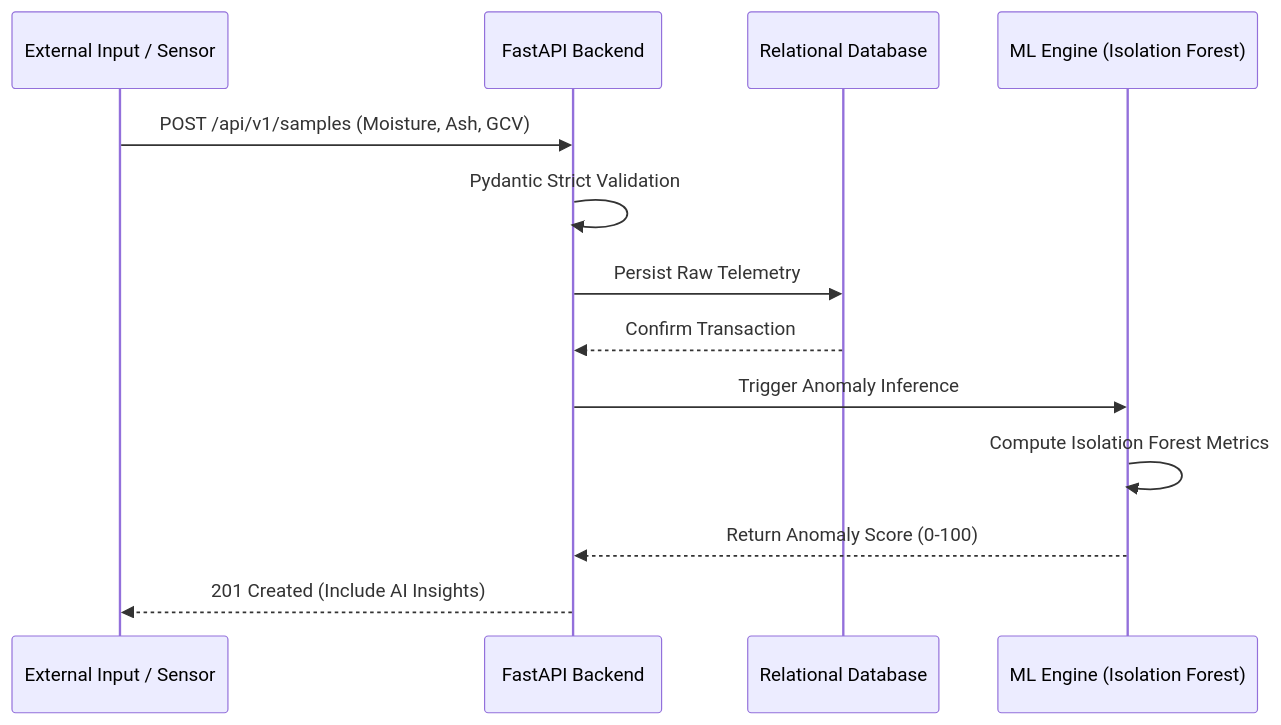
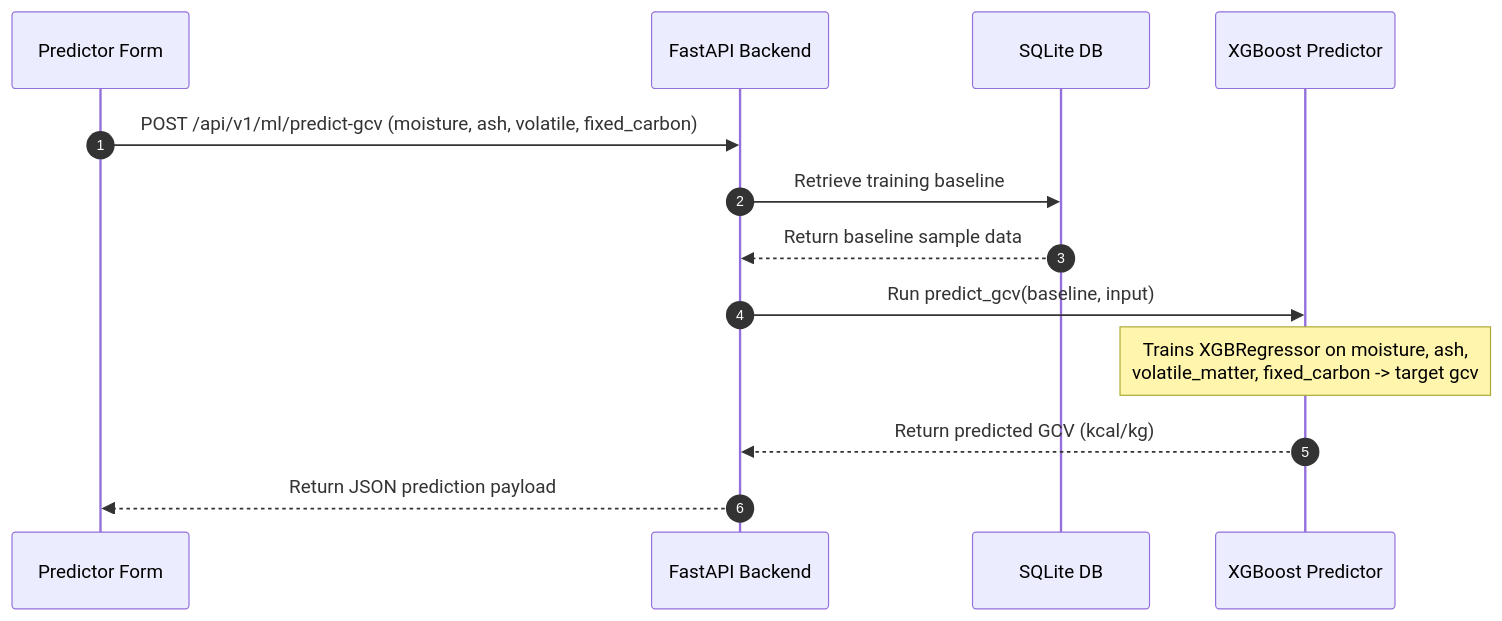
Before and after one commit to shekharsameer2308/Analyzer: the third of 4 diagrams in README.md, drawn with Mermaid. The commit also changed other lines of this file and 9 other files, not shown here.

Commit message:
docs: revamp README for enterprise tone and integrate XGBoost GCV predictor UI & backend endpoint

````diff
--- a/README.md
+++ b/README.md
@@ -89,18 +122,16 @@
 ```mermaid
 sequenceDiagram
-    participant Sensor as External Input / Sensor
+    autonumber
+    participant UI as Predictor Form
     participant API as FastAPI Backend
-    participant DB as Relational Database
-    participant ML as ML Engine (Isolation Forest)
-
-    Sensor->>API: POST /api/v1/samples (Moisture, Ash, GCV)
-    API->>API: Pydantic Strict Validation
-    API->>DB: Persist Raw Telemetry
-    DB-->>API: Confirm Transaction
+    participant DB as SQLite DB
+    participant ML as XGBoost Predictor
     
-    API->>ML: Trigger Anomaly Inference
-    ML->>ML: Compute Isolation Forest Metrics
-    ML-->>API: Return Anomaly Score (0-100)
-    
-    API-->>Sensor: 201 Created (Include AI Insights)
+    UI->>API: POST /api/v1/ml/predict-gcv (moisture, ash, volatile, fixed_carbon)
+    API->>DB: Retrieve training baseline
+    DB-->>API: Return baseline sample data
+    API->>ML: Run predict_gcv(baseline, input)
+    Note over ML: Trains XGBRegressor on moisture, ash,<br/>volatile_matter, fixed_carbon -> target gcv
+    ML-->>API: Return predicted GCV (kcal/kg)
+    API-->>UI: Return JSON prediction payload
 ```
````
